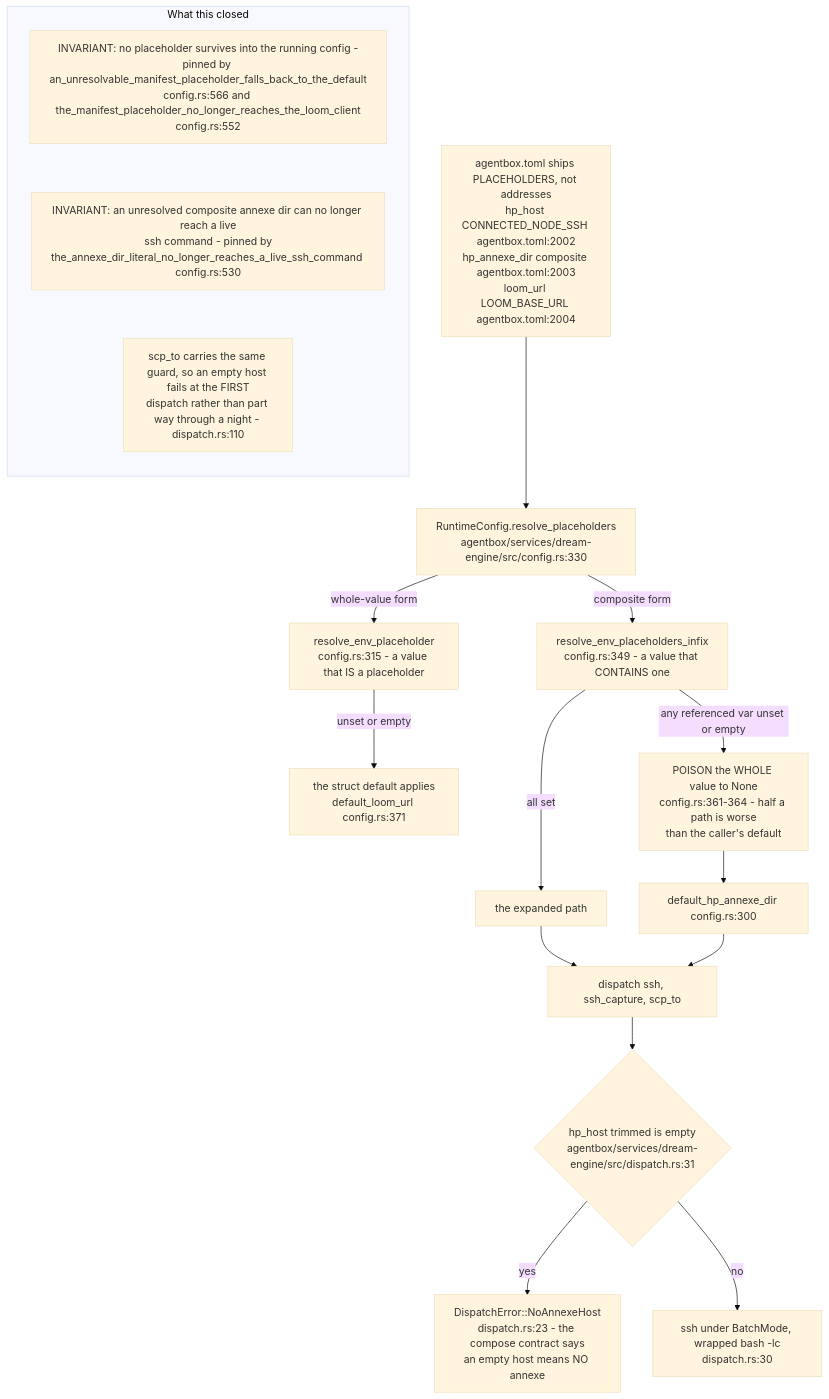
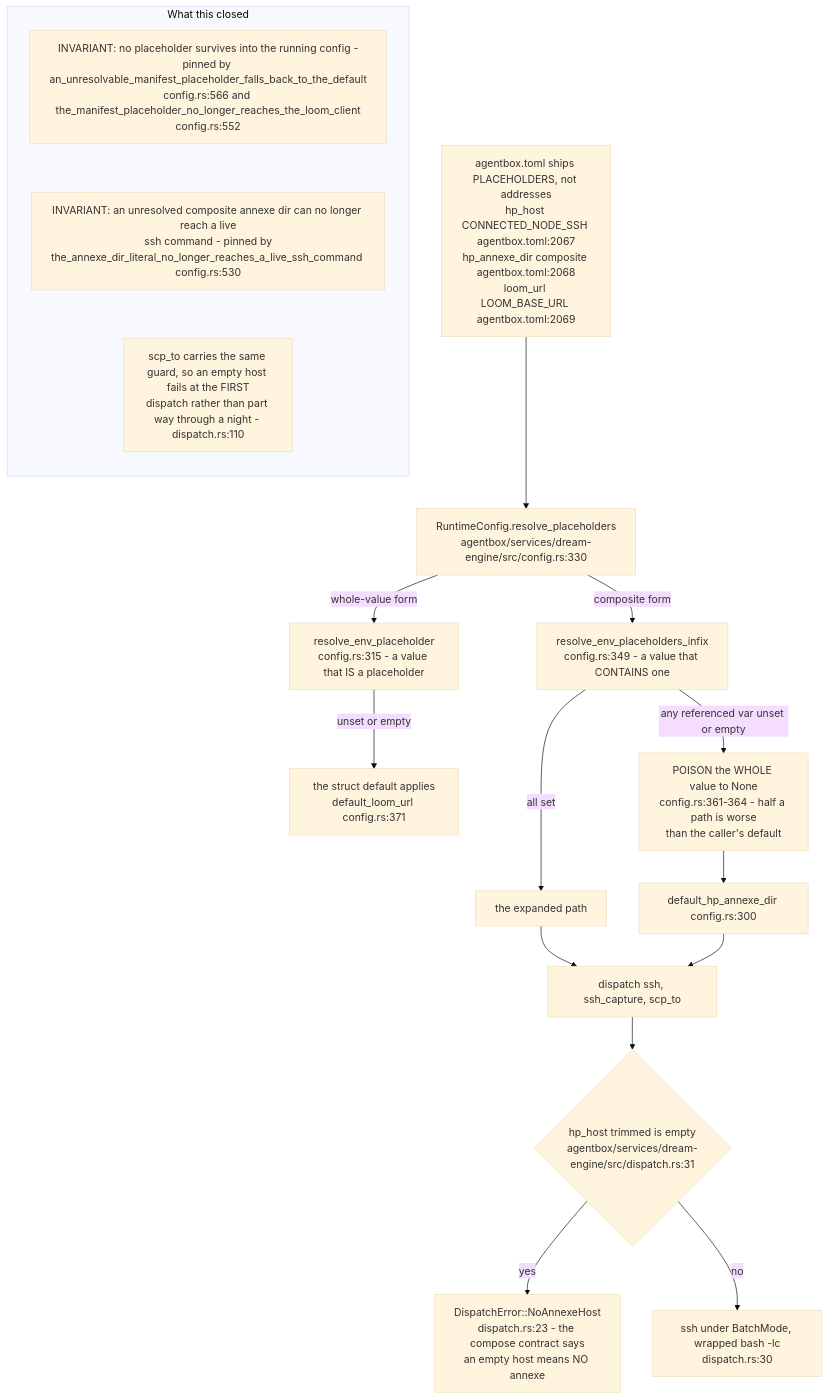
One commit to DreamLab-AI/VisionFlow changed diagram 16 of 18 in docs/diagrams/agentbox/23-dream-engine.md. Above: the diagram before and after it, drawn with Mermaid (base theme). The commit also changed other lines of this file and 136 other files, not shown here.

First line of the commit message:
docs(diagrams): refresh the whole corpus to code HEAD and prune low-value diagrams

````diff
--- a/docs/diagrams/agentbox/23-dream-engine.md
+++ b/docs/diagrams/agentbox/23-dream-engine.md
@@ -714,23 +804,23 @@
 ```mermaid
 flowchart TB
-    TOML["agentbox.toml ships PLACEHOLDERS, not addresses<br/>hp_host CONNECTED_NODE_SSH agentbox.toml:2002<br/>hp_annexe_dir composite agentbox.toml:2003<br/>loom_url LOOM_BASE_URL agentbox.toml:2004"]
+    TOML["agentbox.toml ships PLACEHOLDERS, not addresses<br/>hp_host CONNECTED_NODE_SSH agentbox.toml:2067<br/>hp_annexe_dir composite agentbox.toml:2068<br/>loom_url LOOM_BASE_URL agentbox.toml:2069"]
     TOML --> RP["RuntimeConfig.resolve_placeholders<br/>agentbox/services/dream-engine/src/config.rs:330"]
     RP -->|"whole-value form"| W["resolve_env_placeholder<br/>config.rs:315 - a value that IS a placeholder"]
     RP -->|"composite form"| I["resolve_env_placeholders_infix<br/>config.rs:349 - a value that CONTAINS one"]
     W -->|"unset or empty"| D1["the struct default applies<br/>default_loom_url config.rs:371"]
     I -->|"any referenced var unset or empty"| D2["POISON the WHOLE value to None<br/>config.rs:361-364 - half a path is worse<br/>than the caller's default"]
     D2 --> D3["default_hp_annexe_dir config.rs:300"]
     I -->|"all set"| OK["the expanded path"]
     OK --> DISP["dispatch ssh, ssh_capture, scp_to"]
     D3 --> DISP
     DISP --> GUARD{"hp_host trimmed is empty<br/>agentbox/services/dream-engine/src/dispatch.rs:31"}
     GUARD -->|"yes"| NAH["DispatchError::NoAnnexeHost<br/>dispatch.rs:23 - the compose contract says<br/>an empty host means NO annexe"]
     GUARD -->|"no"| SSH["ssh under BatchMode, wrapped bash -lc<br/>dispatch.rs:30"]
     subgraph notes["What this closed"]
         direction TB
         N1["INVARIANT: no placeholder survives into the running config -<br/>pinned by an_unresolvable_manifest_placeholder_falls_back_to_the_default<br/>config.rs:566 and the_manifest_placeholder_no_longer_reaches_the_loom_client<br/>config.rs:552"]
         N2["INVARIANT: an unresolved composite annexe dir can no longer reach a live<br/>ssh command - pinned by<br/>the_annexe_dir_literal_no_longer_reaches_a_live_ssh_command config.rs:530"]
         N3["scp_to carries the same guard, so an empty host fails at the FIRST<br/>dispatch rather than part way through a night - dispatch.rs:110"]
         N1 ~~~ N2 ~~~ N3
     end
 ```
````
